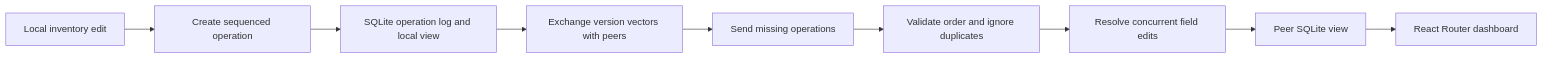
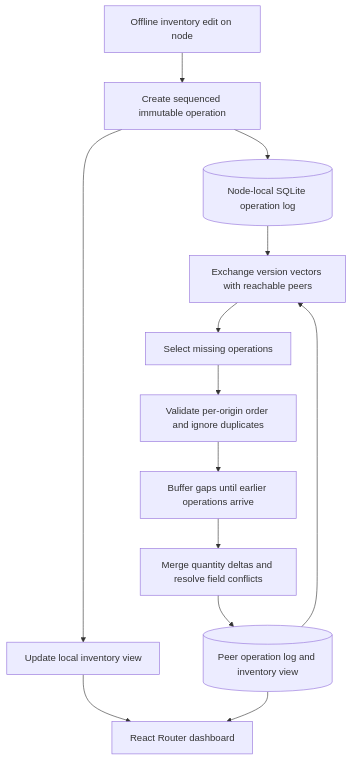
Before and after one commit to nihalmachhi/SyncMesh: the diagram in README.md, drawn with Mermaid.

Commit message:
docs: expand README architecture diagram

````diff
--- a/README.md
+++ b/README.md
@@ -13,11 +13,15 @@
 ```mermaid
-flowchart LR
-  A[Local inventory edit] --> B[Create sequenced operation]
-  B --> C[SQLite operation log and local view]
-  C --> D[Exchange version vectors with peers]
-  D --> E[Send missing operations]
-  E --> F[Validate order and ignore duplicates]
-  F --> G[Resolve concurrent field edits]
-  G --> H[Peer SQLite view]
-  H --> I[React Router dashboard]
+flowchart TD
+  A[Offline inventory edit on node] --> B[Create sequenced immutable operation]
+  B --> C[(Node-local SQLite operation log)]
+  B --> D[Update local inventory view]
+  C --> E[Exchange version vectors with reachable peers]
+  E --> F[Select missing operations]
+  F --> G[Validate per-origin order and ignore duplicates]
+  G --> H[Buffer gaps until earlier operations arrive]
+  H --> I[Merge quantity deltas and resolve field conflicts]
+  I --> J[(Peer operation log and inventory view)]
+  J --> E
+  D --> K[React Router dashboard]
+  J --> K
 ```
````
